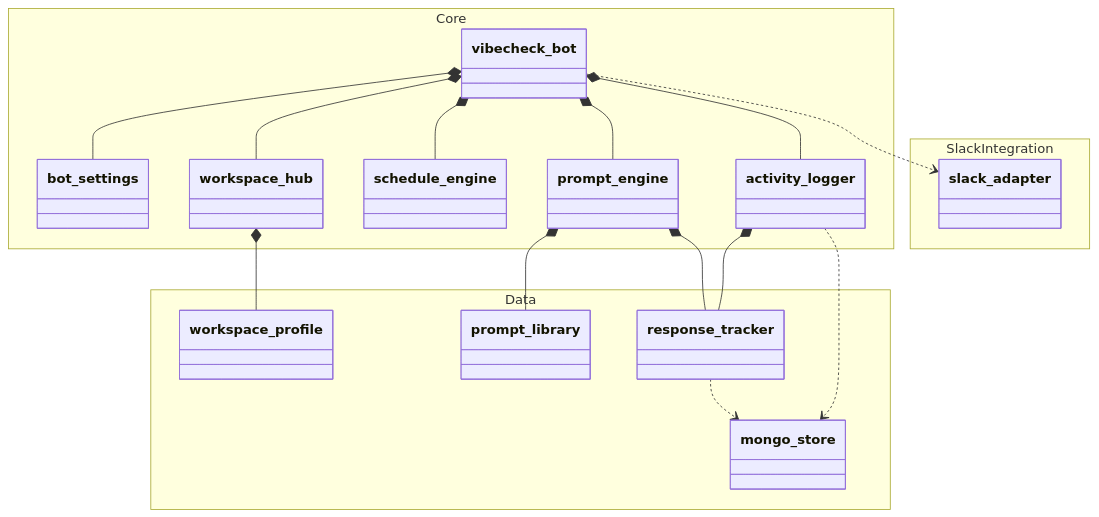
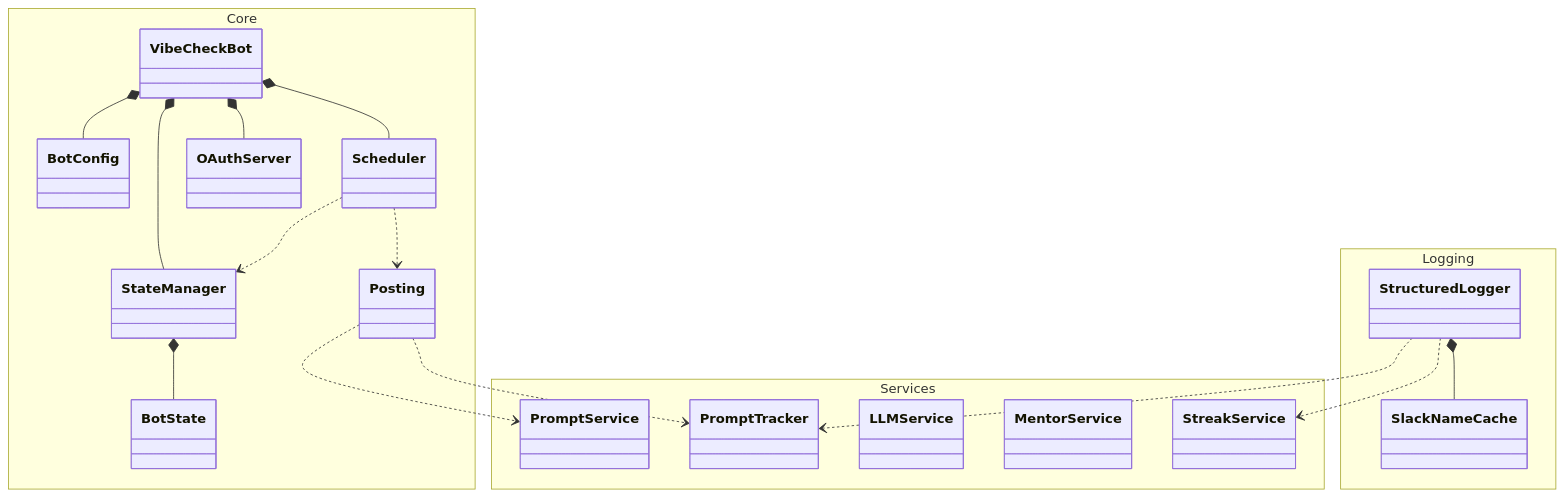
Before and after one commit to Capstone-Projects-2026-spring/project-bereal-chatbot: the first of 4 diagrams in documentation/docs/system-architecture/class-diagram.md, drawn with Mermaid. The commit also changed other lines of this file, not shown here.

Commit message:
updated class diagram and removed deprecated slack adapter class

````diff
--- a/documentation/docs/system-architecture/class-diagram.md
+++ b/documentation/docs/system-architecture/class-diagram.md
@@ -11,57 +11,57 @@
 ```mermaid
 classDiagram
 direction TB
     namespace Core {
-        class vibecheck_bot {
+        class VibeCheckBot {
         }
-
-        class bot_settings {
+        class BotConfig {
         }
-
-        class workspace_hub {
+        class StateManager {
         }
-
-        class schedule_engine {
+        class BotState {
         }
-
-        class prompt_engine {
+        class Scheduler {
         }
-
-        class activity_logger {
+        class Posting {
+        }
+        class OAuthServer {
         }
     }
 
-    namespace Data {
-        class workspace_profile {
+    namespace Services {
+        class PromptService {
         }
-
-        class response_tracker {
+        class PromptTracker {
         }
-
-        class prompt_library {
+        class LLMService {
         }
-
-        class mongo_store {
+        class MentorService {
+        }
+        class StreakService {
         }
     }
 
-    namespace SlackIntegration {
-        class slack_adapter {
+    namespace Logging {
+        class StructuredLogger {
+        }
+        class SlackNameCache {
         }
     }
 
-    vibecheck_bot *-- bot_settings
-    vibecheck_bot *-- workspace_hub
-    vibecheck_bot *-- schedule_engine
-    vibecheck_bot *-- prompt_engine
-    vibecheck_bot *-- activity_logger
+    VibeCheckBot *-- BotConfig
+    VibeCheckBot *-- StateManager
+    VibeCheckBot *-- Scheduler
+    VibeCheckBot *-- OAuthServer
 
-    workspace_hub *-- workspace_profile
-    prompt_engine *-- prompt_library
-    prompt_engine *-- response_tracker
-    activity_logger *-- response_tracker
+    StateManager *-- BotState
 
-    vibecheck_bot ..> slack_adapter
-    activity_logger ..> mongo_store
-    response_tracker ..> mongo_store
+    Scheduler ..> StateManager
+    Scheduler ..> Posting
+
+    Posting ..> PromptService
+    Posting ..> PromptTracker
+
+    StructuredLogger *-- SlackNameCache
+    StructuredLogger ..> PromptTracker
+    StructuredLogger ..> StreakService
 ```
````
